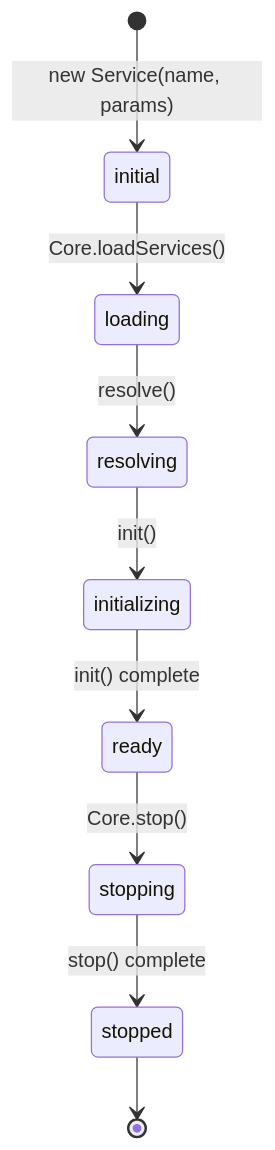
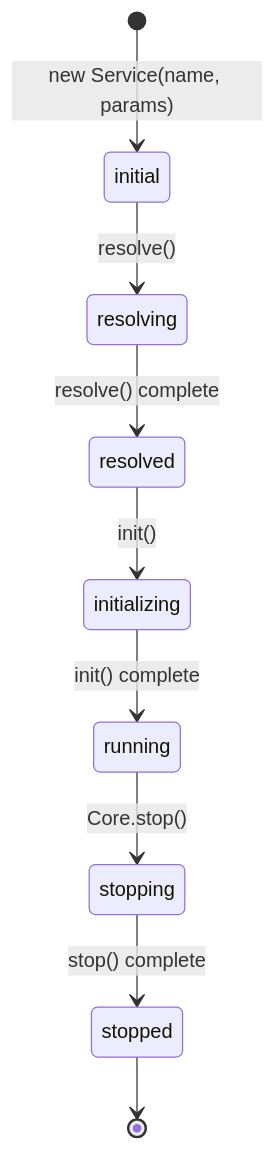
Before and after one commit to loopingz/webda.io: the first of 2 diagrams in docs/pages/Modules/core/Lifecycle.md, drawn with Mermaid. The commit also changed other lines of this file and 25 other files, not shown here.

````diff
--- a/docs/pages/Modules/core/Lifecycle.md
+++ b/docs/pages/Modules/core/Lifecycle.md
@@ -12,11 +12,11 @@
 ```mermaid
 stateDiagram-v2
     [*] --> initial : new Service(name, params)
-    initial --> loading : Core.loadServices()
-    loading --> resolving : resolve()
-    resolving --> initializing : init()
-    initializing --> ready : init() complete
-    ready --> stopping : Core.stop()
+    initial --> resolving : resolve()
+    resolving --> resolved : resolve() complete
+    resolved --> initializing : init()
+    initializing --> running : init() complete
+    running --> stopping : Core.stop()
     stopping --> stopped : stop() complete
     stopped --> [*]
 ```
````
